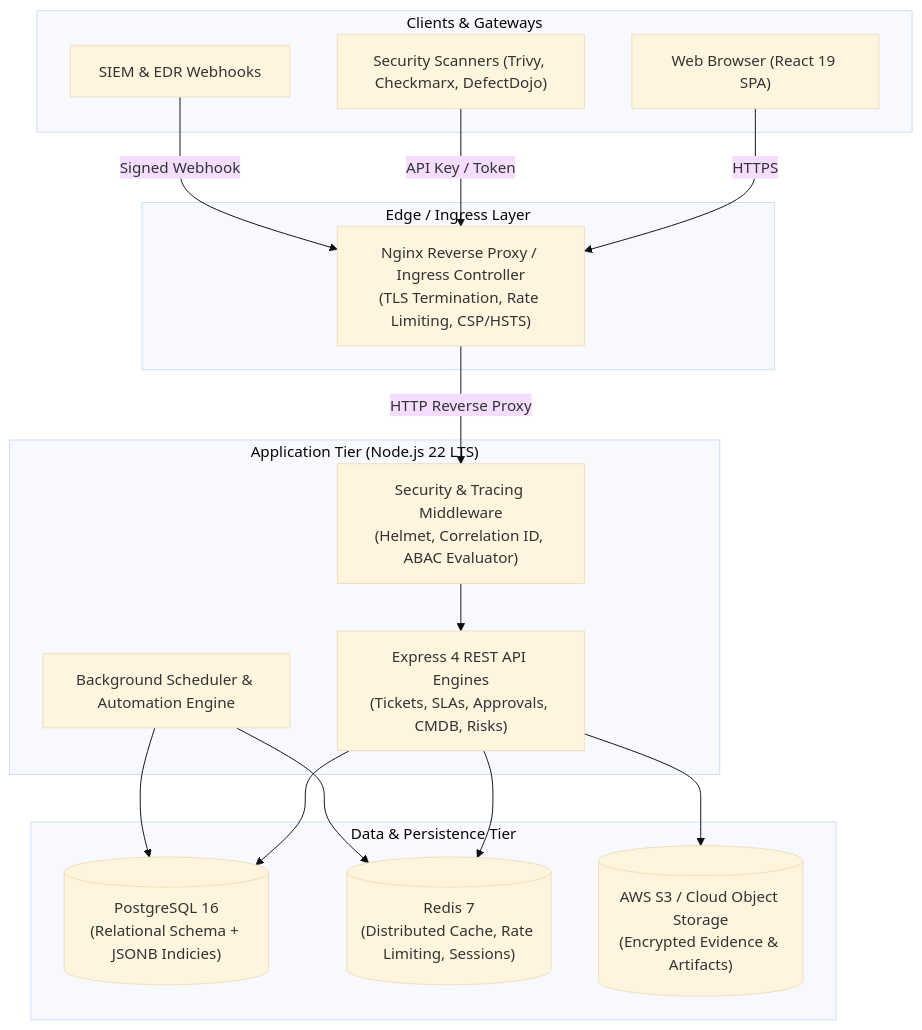
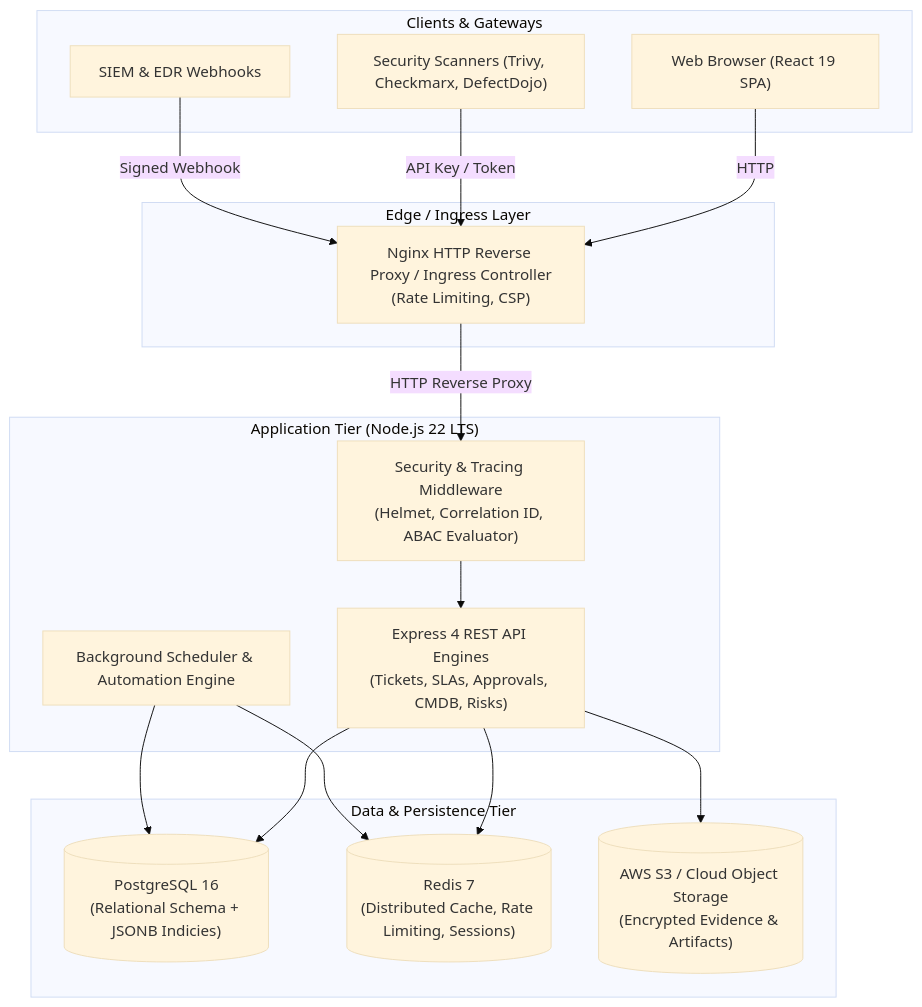
Before and after one commit to unsalgasimli/bank-infosec-platform: the diagram in docs/ARCHITECTURE.md, drawn with Mermaid (base theme). The commit also changed 165 other files, not shown here.

````diff
--- a/docs/ARCHITECTURE.md
+++ b/docs/ARCHITECTURE.md
@@ -6,36 +6,36 @@
 ```mermaid
 flowchart TD
     subgraph Clients["Clients & Gateways"]
         Browser["Web Browser (React 19 SPA)"]
         Scanner["Security Scanners (Trivy, Checkmarx, DefectDojo)"]
         SIEM["SIEM & EDR Webhooks"]
     end
 
     subgraph Edge["Edge / Ingress Layer"]
-        Nginx["Nginx Reverse Proxy / Ingress Controller\n(TLS Termination, Rate Limiting, CSP/HSTS)"]
+        Nginx["Nginx HTTP Reverse Proxy / Ingress Controller\n(Rate Limiting, CSP)"]
     end
 
     subgraph App["Application Tier (Node.js 22 LTS)"]
         SecMiddleware["Security & Tracing Middleware\n(Helmet, Correlation ID, ABAC Evaluator)"]
         API["Express 4 REST API Engines\n(Tickets, SLAs, Approvals, CMDB, Risks)"]
         Workers["Background Scheduler & Automation Engine"]
     end
 
     subgraph DataTier["Data & Persistence Tier"]
         PG[("PostgreSQL 16\n(Relational Schema + JSONB Indicies)")]
         Redis[("Redis 7\n(Distributed Cache, Rate Limiting, Sessions)")]
         S3[("AWS S3 / Cloud Object Storage\n(Encrypted Evidence & Artifacts)")]
     end
 
-    Browser -->|HTTPS| Nginx
+    Browser -->|HTTP| Nginx
     Scanner -->|API Key / Token| Nginx
     SIEM -->|Signed Webhook| Nginx
 
     Nginx -->|HTTP Reverse Proxy| SecMiddleware
     SecMiddleware --> API
     API --> PG
     API --> Redis
     API --> S3
     Workers --> PG
     Workers --> Redis
 ```
````
